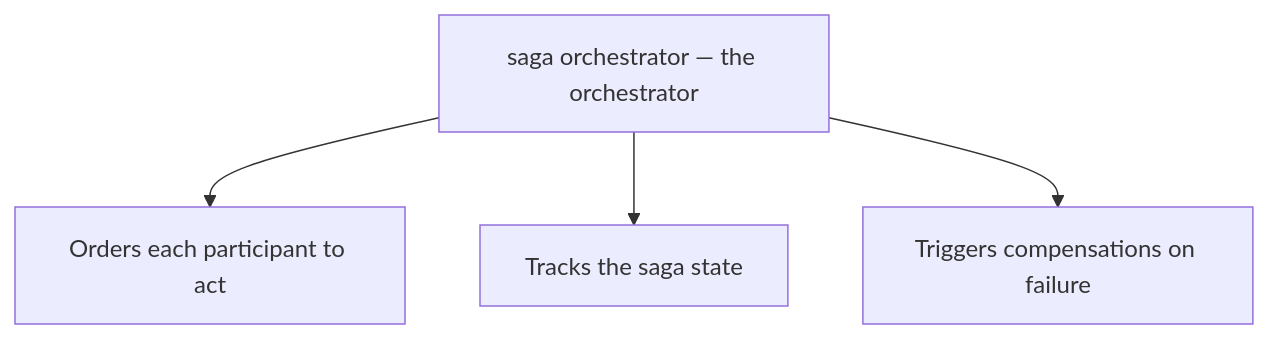
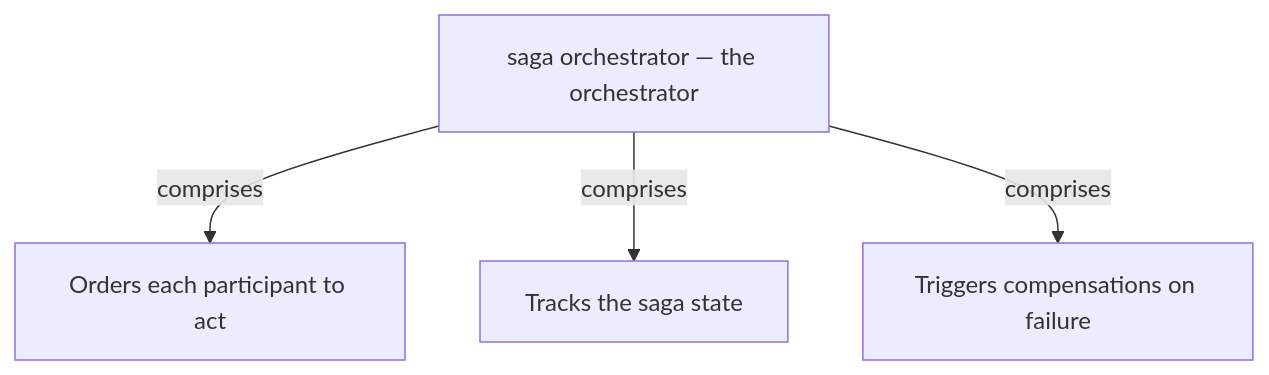
The fifth of 14 diagrams in docs/ch15-saga.md (vinayakuber/microservices-io-study-guide), drawn with Mermaid before and after one commit. The commit also changed other lines of this file and 71 other files, not shown here.

First line of the commit message:
R18: label every diagram arrow with its meaning

````diff
--- a/docs/ch15-saga.md
+++ b/docs/ch15-saga.md
@@ -256,7 +256,7 @@
 ```mermaid
 flowchart TD
   R["saga orchestrator — the orchestrator"]
-  R --> P0["Orders each participant to act"]
-  R --> P1["Tracks the saga state"]
-  R --> P2["Triggers compensations on failure"]
+  R -->|"comprises"| P0["Orders each participant to act"]
+  R -->|"comprises"| P1["Tracks the saga state"]
+  R -->|"comprises"| P2["Triggers compensations on failure"]
 ```
````
